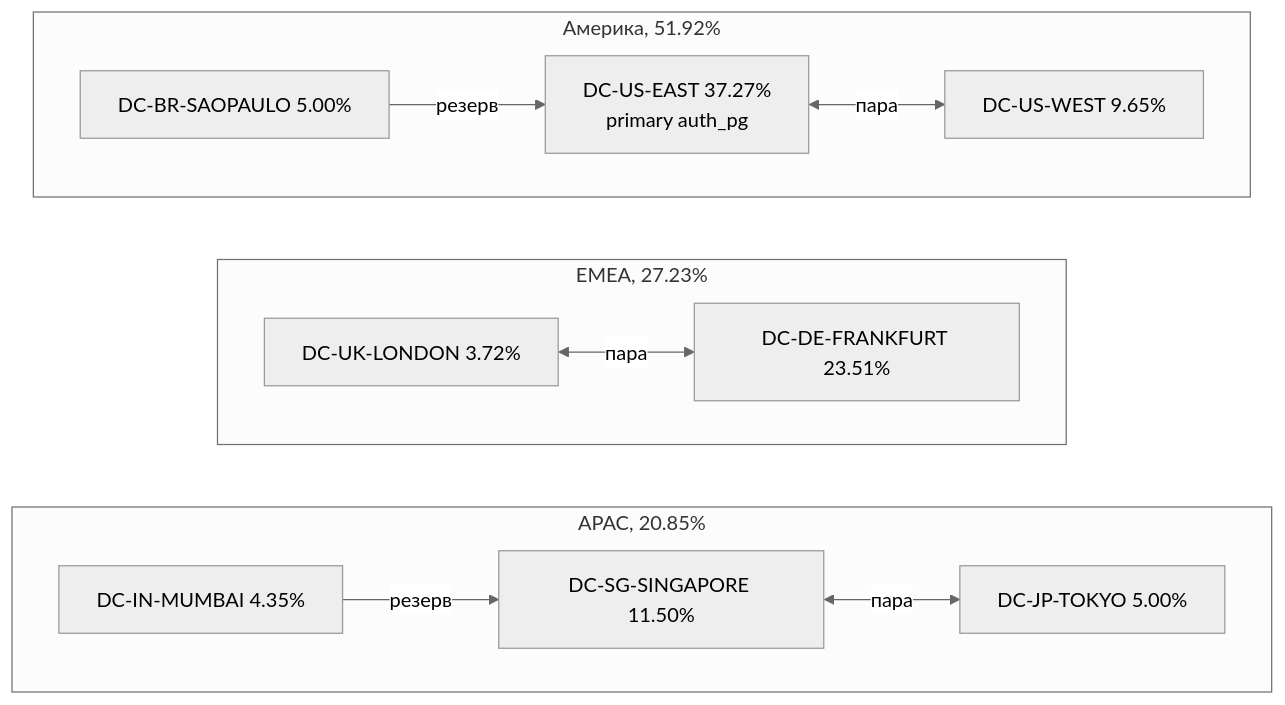
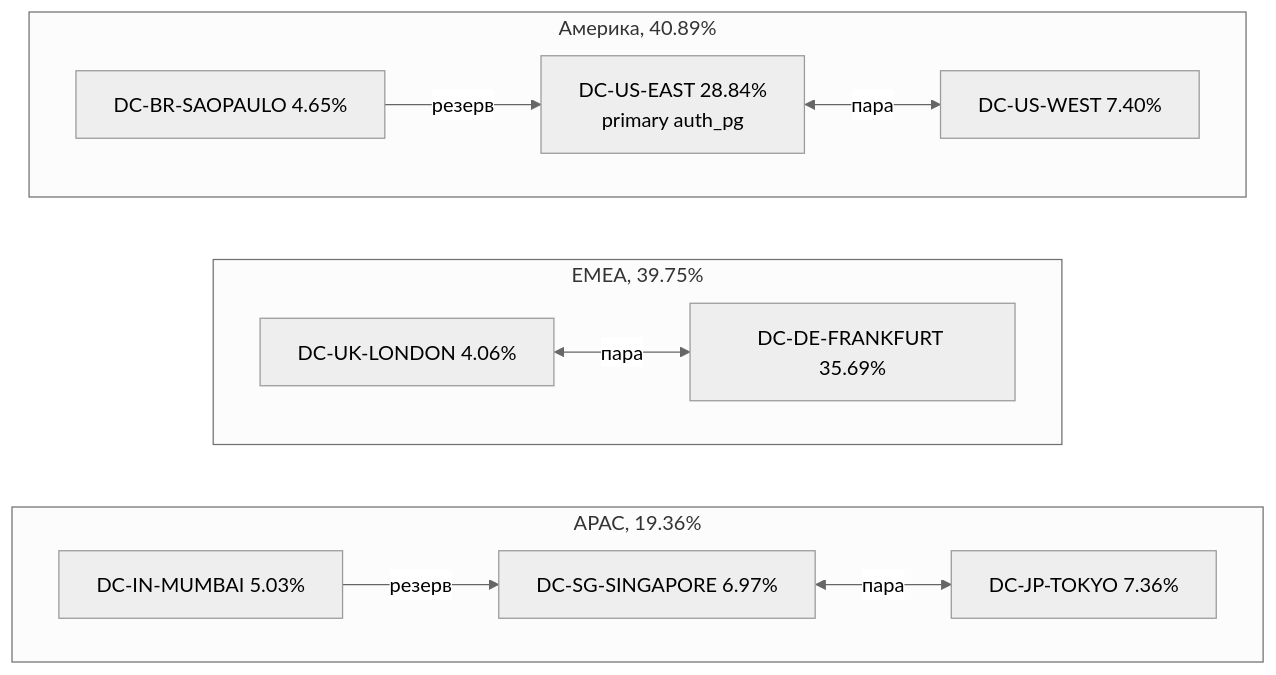
The second of 11 diagrams in README.md (Danykrane/system_design), drawn with Mermaid (neutral theme) before and after one commit. The commit also changed other lines of this file and 7 other files, not shown here.

````diff
--- a/README.md
+++ b/README.md
@@ -348,27 +397,27 @@
 ```mermaid
 flowchart TB
-    subgraph AMER["Америка, 51.92%"]
+    subgraph AMER["Америка, 40.89%"]
         direction LR
-        USE["DC-US-EAST 37.27%<br/>primary auth_pg"]
-        USW["DC-US-WEST 9.65%"]
-        BR["DC-BR-SAOPAULO 5.00%"]
+        USE["DC-US-EAST 28.84%<br/>primary auth_pg"]
+        USW["DC-US-WEST 7.40%"]
+        BR["DC-BR-SAOPAULO 4.65%"]
     end
-    subgraph EMEA["EMEA, 27.23%"]
+    subgraph EMEA["EMEA, 39.75%"]
         direction LR
-        UK["DC-UK-LONDON 3.72%"]
-        DE["DC-DE-FRANKFURT 23.51%"]
+        UK["DC-UK-LONDON 4.06%"]
+        DE["DC-DE-FRANKFURT 35.69%"]
     end
-    subgraph APAC["APAC, 20.85%"]
+    subgraph APAC["APAC, 19.36%"]
         direction LR
-        IN["DC-IN-MUMBAI 4.35%"]
-        SG["DC-SG-SINGAPORE 11.50%"]
-        JP["DC-JP-TOKYO 5.00%"]
+        IN["DC-IN-MUMBAI 5.03%"]
+        SG["DC-SG-SINGAPORE 6.97%"]
+        JP["DC-JP-TOKYO 7.36%"]
     end
     USE <-->|"пара"| USW
     BR -->|"резерв"| USE
     UK <-->|"пара"| DE
     IN -->|"резерв"| SG
     SG <-->|"пара"| JP
     AMER ~~~ EMEA
     EMEA ~~~ APAC
 ```
````
